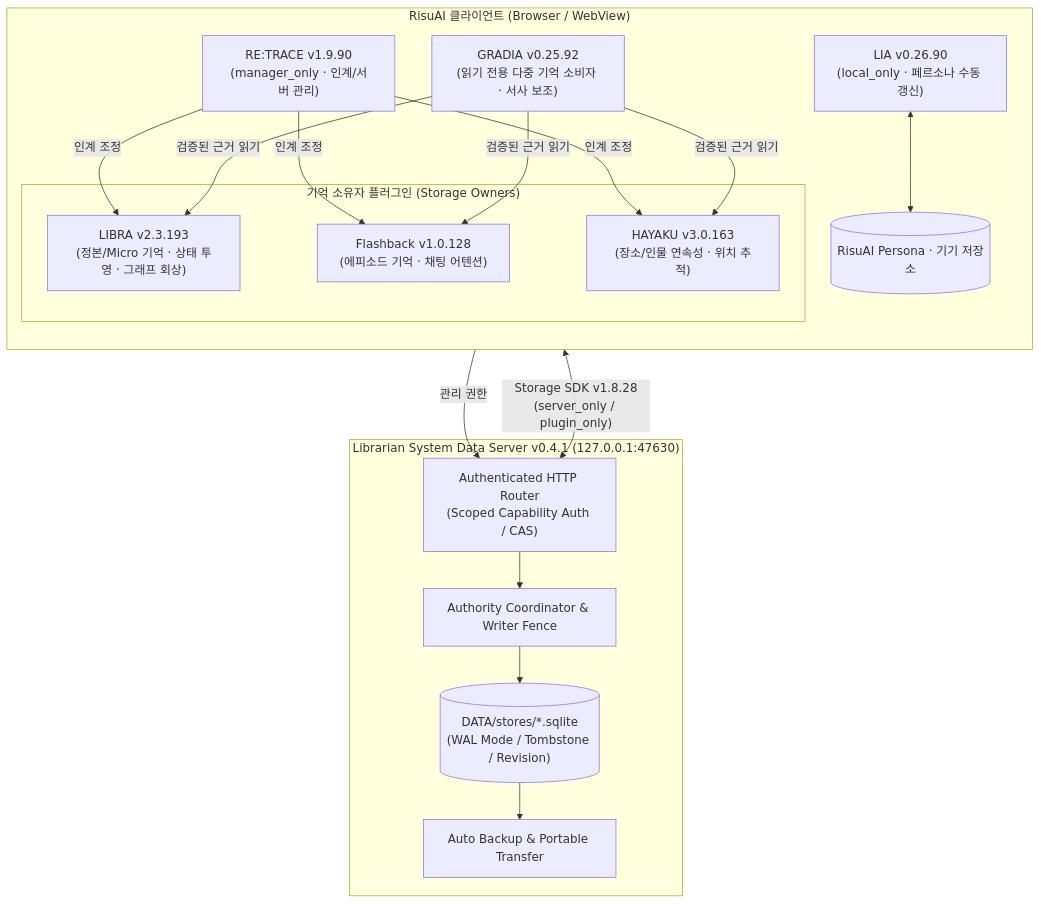
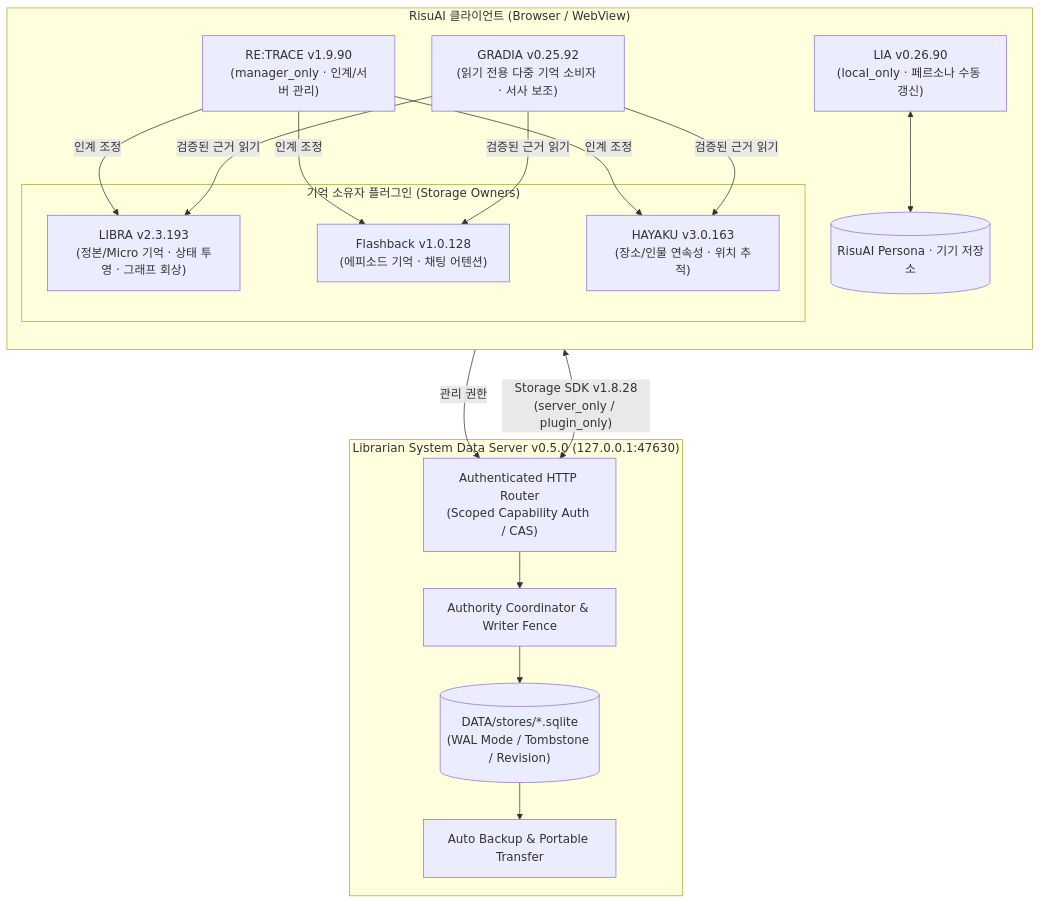
Before and after one commit to rusinus12-droid/Librarian-System: the diagram in README.md, drawn with Mermaid. The commit also changed other lines of this file and 23 other files, not shown here.

````diff
--- a/README.md
+++ b/README.md
@@ -40,30 +40,30 @@
 ```mermaid
 flowchart TB
     subgraph Host["RisuAI 클라이언트 (Browser / WebView)"]
         direction TB
         subgraph Owners["기억 소유자 플러그인 (Storage Owners)"]
             LIBRA["LIBRA v2.3.193<br/>(정본/Micro 기억 · 상태 투영 · 그래프 회상)"]
             FB["Flashback v1.0.128<br/>(에피소드 기억 · 채팅 어텐션)"]
             HAYAKU["HAYAKU v3.0.163<br/>(장소/인물 연속성 · 위치 추적)"]
         end
         LIA["LIA v0.26.90<br/>(local_only · 페르소나 수동 갱신)"]
         Persona[("RisuAI Persona · 기기 저장소")]
         LIA <--> Persona
         RETRACE["RE:TRACE v1.9.90<br/>(manager_only · 인계/서버 관리)"]
         RETRACE -->|인계 조정| LIBRA & FB & HAYAKU
         GRADIA["GRADIA v0.25.92<br/>(읽기 전용 다중 기억 소비자 · 서사 보조)"]
         GRADIA -->|검증된 근거 읽기| LIBRA & FB & HAYAKU
     end
 
-    subgraph Server["Librarian System Data Server v0.4.1 (127.0.0.1:47630)"]
+    subgraph Server["Librarian System Data Server v0.5.0 (127.0.0.1:47630)"]
         Router["Authenticated HTTP Router<br/>(Scoped Capability Auth / CAS)"]
         Coord["Authority Coordinator & Writer Fence"]
         SQLite[("DATA/stores/*.sqlite<br/>(WAL Mode / Tombstone / Revision)")]
         Backup["Auto Backup & Portable Transfer"]
         Router --> Coord --> SQLite
         SQLite --> Backup
     end
 
     Owners <-->|"Storage SDK v1.8.28<br/>(server_only / plugin_only)"| Router
     RETRACE -->|관리 권한| Router
 ```
````
